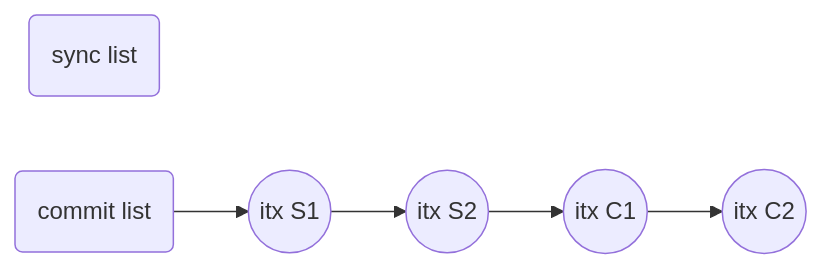
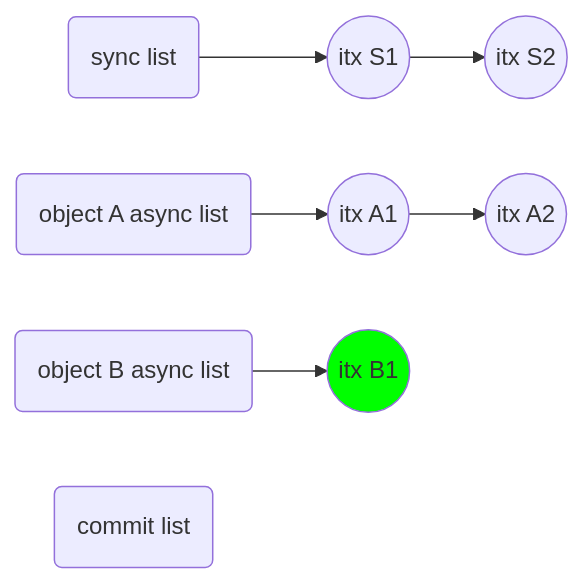
One commit to prakashsurya/prakashsurya.github.io changed the fifth of 44 diagrams in content/post/2017-10-24-zil-performance-how-i-doubled-sync-write-speed.md. Above: the diagram before and after it, drawn with Mermaid. The commit also changed other lines of this file, not shown here.

Commit message:
Edit: ZIL Performance: How I Doubled Sync Write Speed (slides)

```diff
--- a/content/post/2017-10-24-zil-performance-how-i-doubled-sync-write-speed.md
+++ b/content/post/2017-10-24-zil-performance-how-i-doubled-sync-write-speed.md
@@ -340,9 +551,14 @@
 <div class="mermaid">
 graph LR
-  SLIST(sync list)
+  SLIST(sync list) --> SLIST-1((itx S1))
+  SLIST-1          --> SLIST-2((itx S2))
 
-  CLIST(commit list) --> SLIST-1((itx S1))
-  SLIST-1            --> SLIST-2((itx S2))
-  SLIST-2            --> OBJ-C-1((itx C1))
-  OBJ-C-1            --> OBJ-C-2((itx C2))
+  OBJ-A(object A async list) --> OBJ-A-1((itx A1))
+  OBJ-A-1                    --> OBJ-A-2((itx A2))
+
+  OBJ-B(object B async list) --> OBJ-B-1((itx B1))
+
+  CLIST(commit list)
+
+  style OBJ-B-1 fill:#00ff00
 </div>
```
